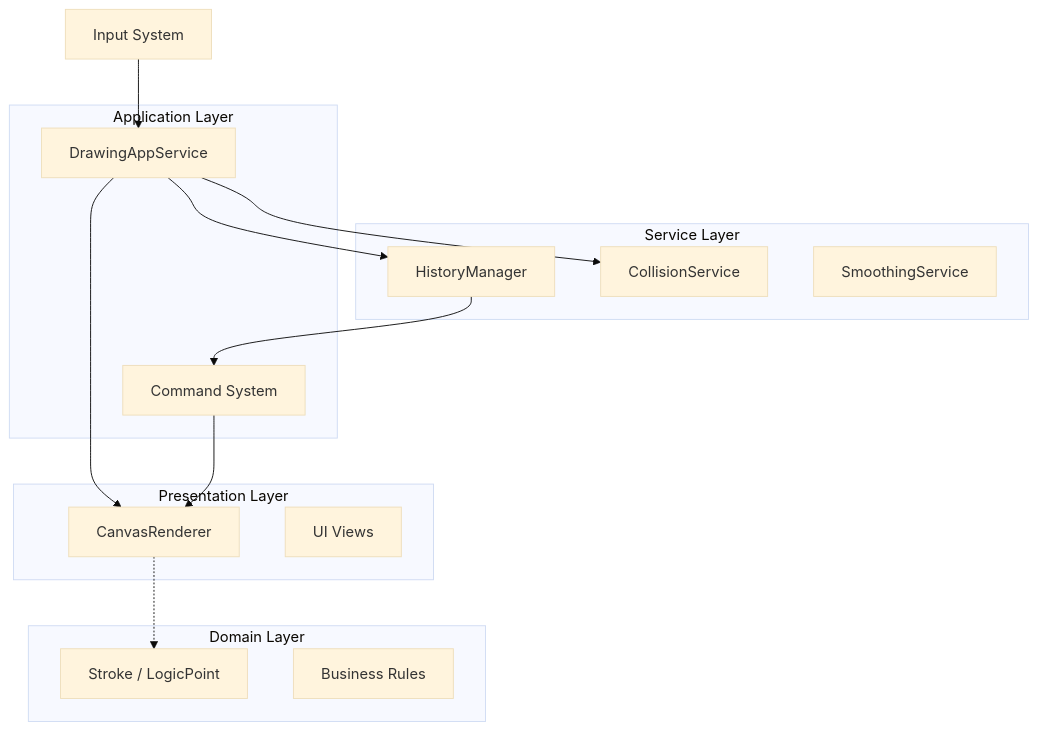
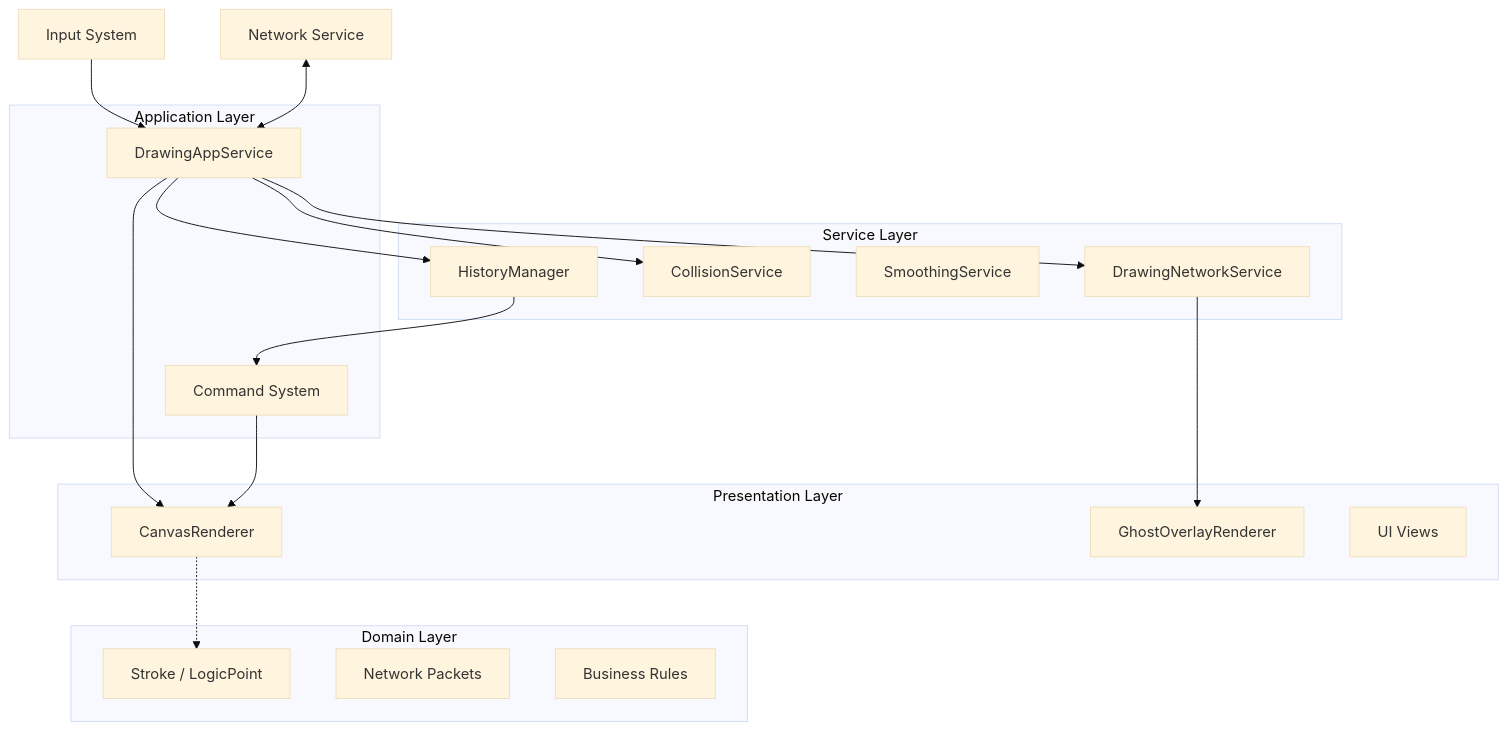
The diagram in AGENTS.md (DaiwoEis/drawer), drawn with Mermaid (base theme) before and after one commit. The commit also changed other lines of this file and 29 other files, not shown here.

````diff
--- a/AGENTS.md
+++ b/AGENTS.md
@@ -35,32 +37,38 @@
 ```mermaid
 graph TD
     Input[Input System] --> AppService
+    Net[Network Service] <--> AppService
     
     subgraph "Application Layer"
         AppService[DrawingAppService]
         Cmd[Command System]
     end
     
     subgraph "Service Layer"
         History[HistoryManager]
         Collision[CollisionService]
         Smooth[SmoothingService]
+        Network[DrawingNetworkService]
     end
     
     subgraph "Domain Layer"
         Entity[Stroke / LogicPoint]
+        NetPacket[Network Packets]
         Rules[Business Rules]
     end
     
     subgraph "Presentation Layer"
         Renderer[CanvasRenderer]
+        Ghost[GhostOverlayRenderer]
         View[UI Views]
     end
 
     AppService --> History
     AppService --> Collision
     AppService --> Renderer
+    AppService --> Network
+    Network --> Ghost
     History --> Cmd
     Cmd --> Renderer
     Renderer -.-> Entity
 ```
````
